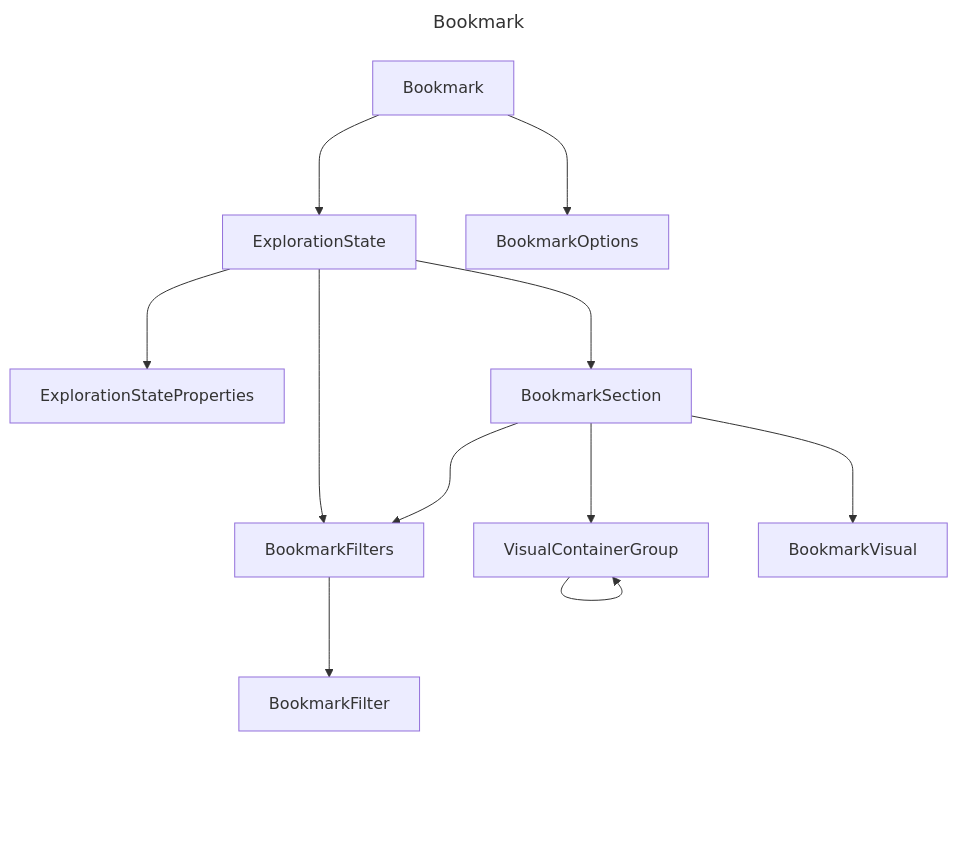
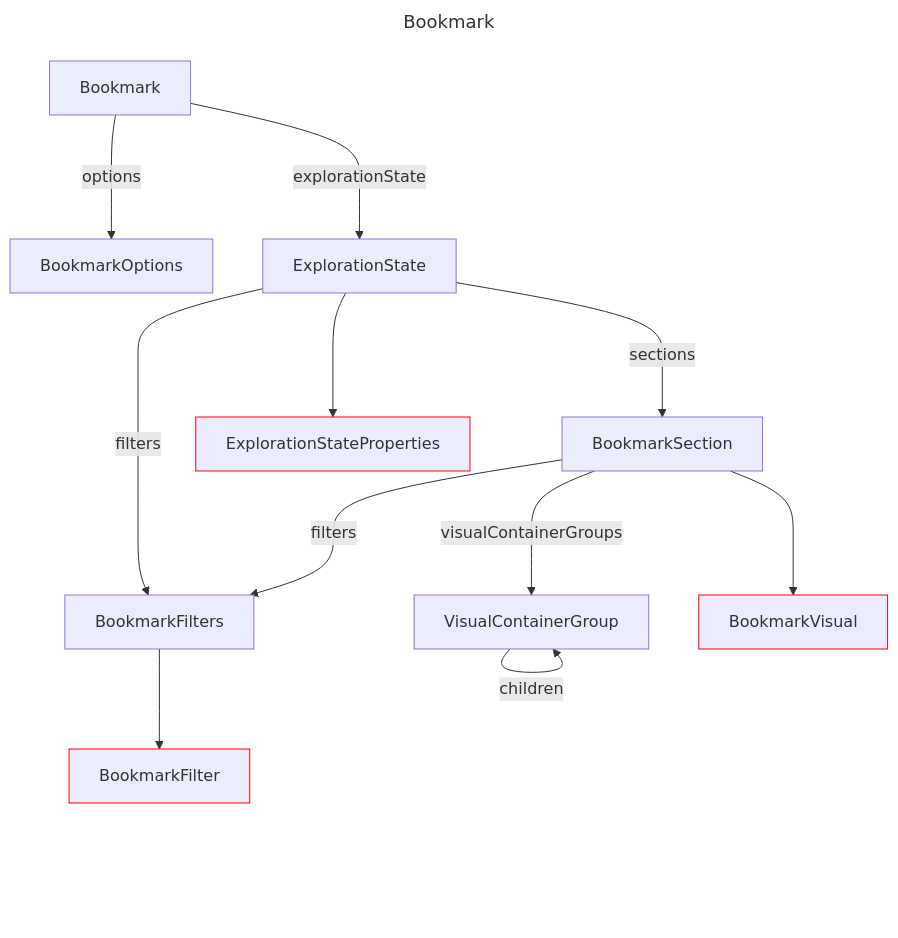
One commit to douglassimonsen/pbi_core changed the diagram in docs/docs/layout/erd/Bookmark.md. Above: the diagram before and after it, drawn with Mermaid. The commit also changed 77 other files, not shown here.

Commit message:
Updated to color code the layout ERD

````diff
--- a/docs/docs/layout/erd/Bookmark.md
+++ b/docs/docs/layout/erd/Bookmark.md
@@ -1,25 +1,28 @@
 ```mermaid
 ---
 title: Bookmark
 ---
 graph 
-2722076063568["BookmarkFilters"]
-2722113615632["ExplorationStateProperties"]
-2722076159216["BookmarkFilter"]
-2722113640032["ExplorationState"]
-2722113608800["VisualContainerGroup"]
-2722113610752["BookmarkVisual"]
-2722113624416["BookmarkSection"]
-2722113642960["Bookmark"]
-2722113645888["BookmarkOptions"]
-2722113642960 ---> 2722113645888
-2722113608800 ---> 2722113608800
-2722113640032 ---> 2722076063568
-2722113640032 ---> 2722113624416
-2722076063568 ---> 2722076159216
-2722113624416 ---> 2722113608800
-2722113640032 ---> 2722113615632
-2722113642960 ---> 2722113640032
-2722113624416 ---> 2722113610752
-2722113624416 ---> 2722076063568
+2430514862576["BookmarkSection"]
+2430514888928["BookmarkOptions"]
+2430514881120["ExplorationState"]
+2430514847936["VisualContainerGroup"]
+2430514834272["BookmarkFilters"]
+2430071997344["BookmarkFilter"]
+style 2430071997344 stroke:#ff0000,stroke-width:1px
+2430514883072["Bookmark"]
+2430514852816["BookmarkVisual"]
+style 2430514852816 stroke:#ff0000,stroke-width:1px
+2430514868432["ExplorationStateProperties"]
+style 2430514868432 stroke:#ff0000,stroke-width:1px
+2430514862576 ---> 2430514852816
+2430514834272 ---> 2430071997344
+2430514881120 --->|sections| 2430514862576
+2430514862576 --->|visualContainerGroups| 2430514847936
+2430514883072 --->|options| 2430514888928
+2430514883072 --->|explorationState| 2430514881120
+2430514881120 --->|filters| 2430514834272
+2430514881120 ---> 2430514868432
+2430514862576 --->|filters| 2430514834272
+2430514847936 --->|children| 2430514847936
 ```
````
